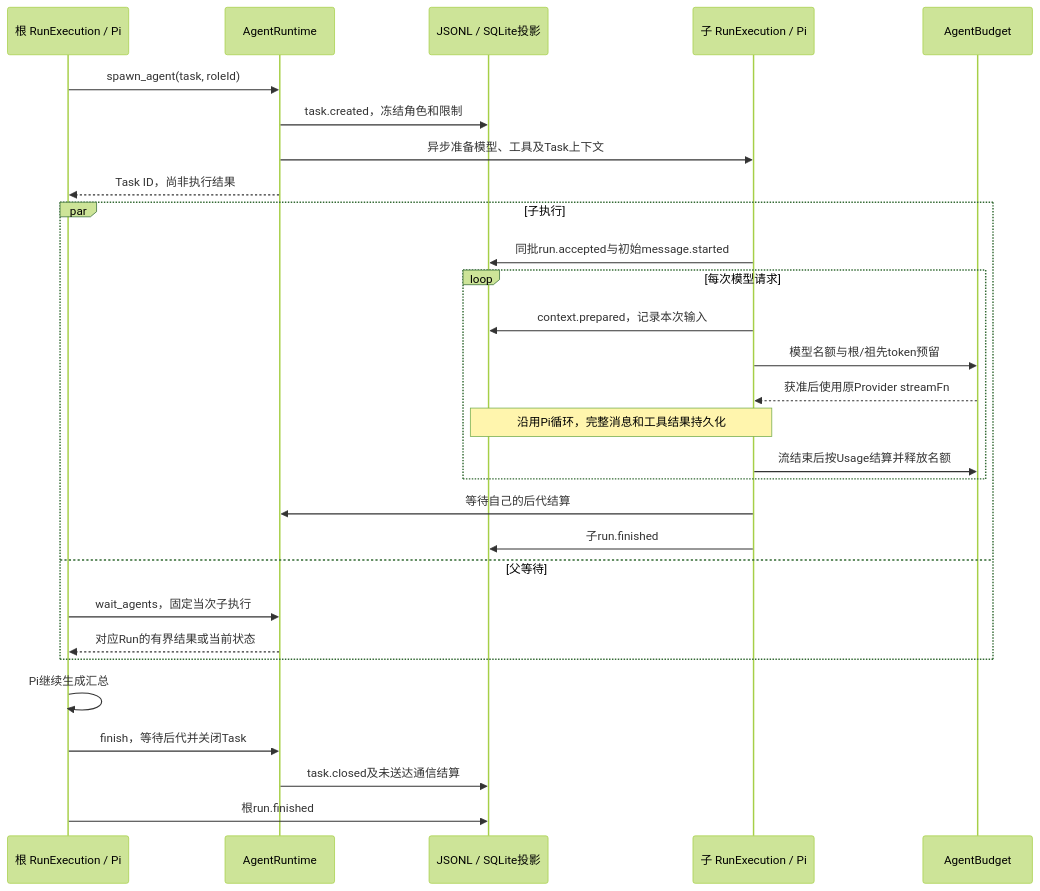
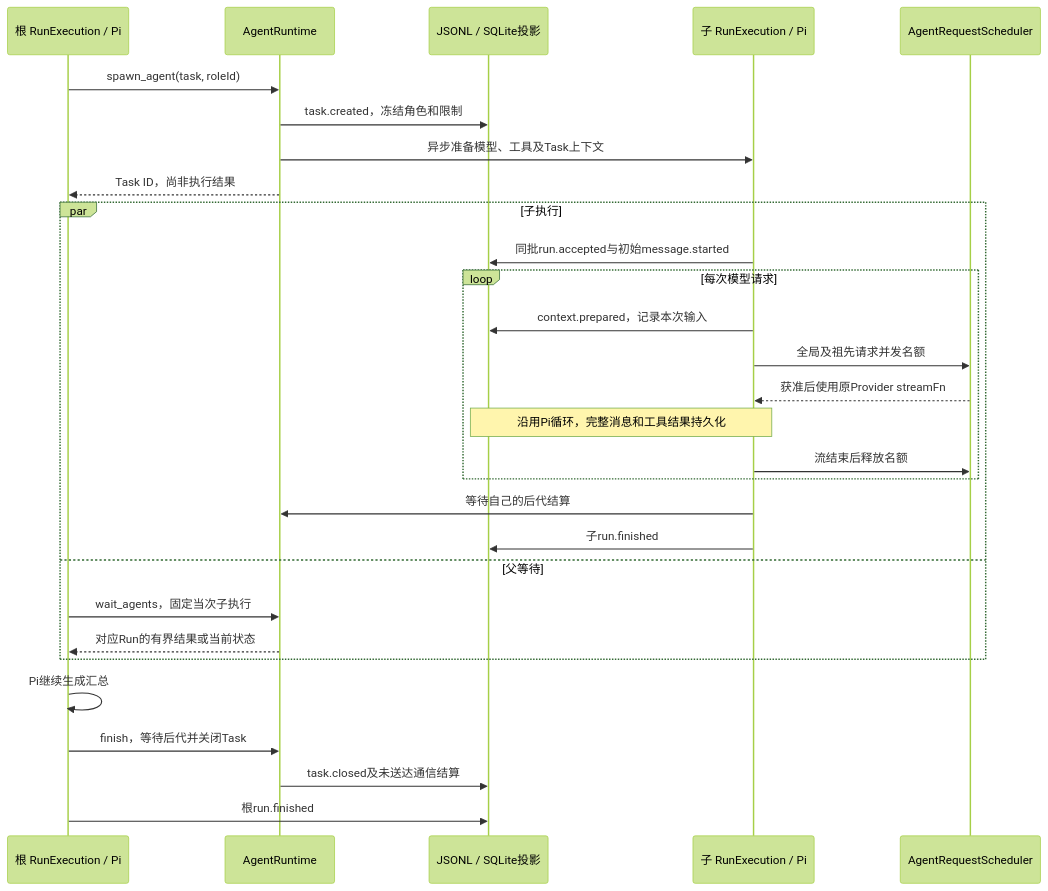
One commit to lxy980795277/my-pi-harness changed the diagram in docs/09_TECHNICAL/子Agent与任务看板设计.md. Above: the diagram before and after it, drawn with Mermaid (forest theme). The commit also changed other lines of this file and 64 other files, not shown here.

````diff
--- a/docs/09_TECHNICAL/子Agent与任务看板设计.md
+++ b/docs/09_TECHNICAL/子Agent与任务看板设计.md
@@ -32,31 +32,31 @@
 ```mermaid
 sequenceDiagram
     participant Parent as 根 RunExecution / Pi
     participant Tasks as AgentRuntime
     participant Store as JSONL / SQLite投影
     participant Child as 子 RunExecution / Pi
-    participant Budget as AgentBudget
+    participant Scheduler as AgentRequestScheduler
     Parent->>Tasks: spawn_agent(task, roleId)
     Tasks->>Store: task.created，冻结角色和限制
     Tasks->>Child: 异步准备模型、工具及Task上下文
     Tasks-->>Parent: Task ID，尚非执行结果
     par 子执行
         Child->>Store: 同批run.accepted与初始message.started
         loop 每次模型请求
             Child->>Store: context.prepared，记录本次输入
-            Child->>Budget: 模型名额与根/祖先token预留
-            Budget-->>Child: 获准后使用原Provider streamFn
+            Child->>Scheduler: 全局及祖先请求并发名额
+            Scheduler-->>Child: 获准后使用原Provider streamFn
             Note over Child,Store: 沿用Pi循环，完整消息和工具结果持久化
-            Child->>Budget: 流结束后按Usage结算并释放名额
+            Child->>Scheduler: 流结束后释放名额
         end
         Child->>Tasks: 等待自己的后代结算
         Child->>Store: 子run.finished
     and 父等待
         Parent->>Tasks: wait_agents，固定当次子执行
         Tasks-->>Parent: 对应Run的有界结果或当前状态
     end
     Parent->>Parent: Pi继续生成汇总
     Parent->>Tasks: finish，等待后代并关闭Task
     Tasks->>Store: task.closed及未送达通信结算
     Parent->>Store: 根run.finished
 ```
````
